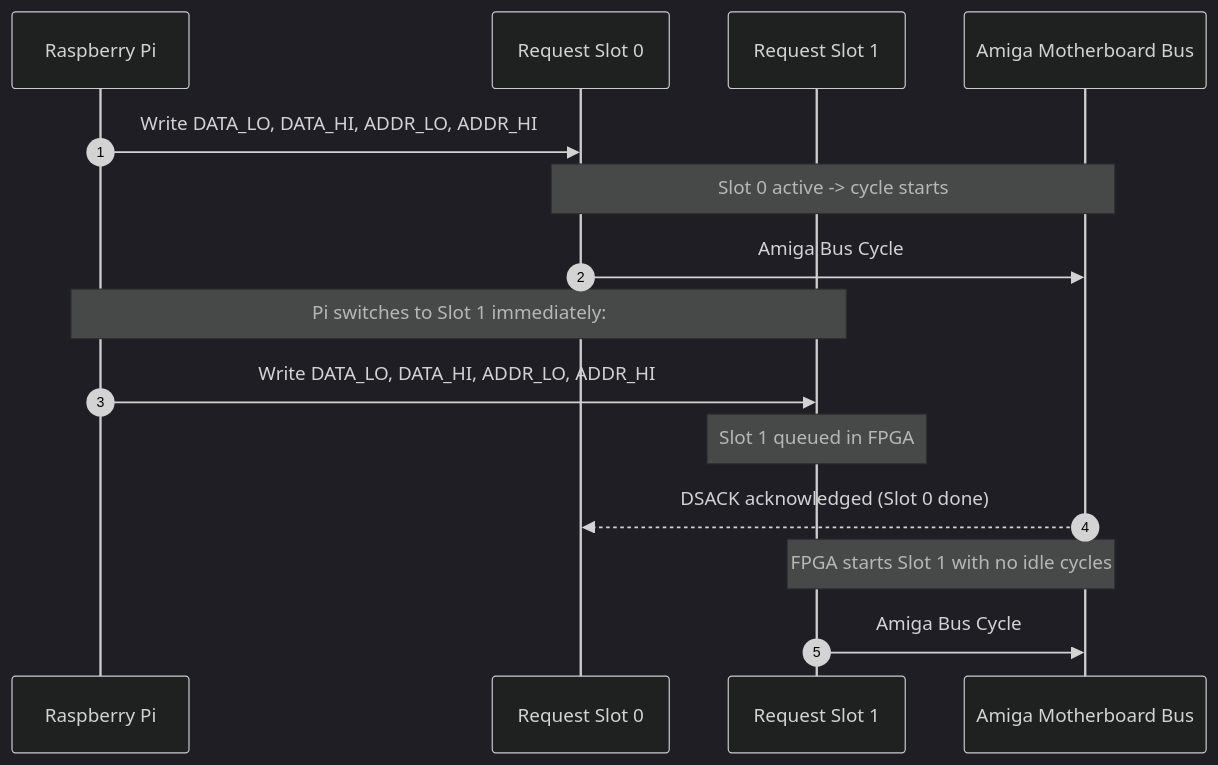
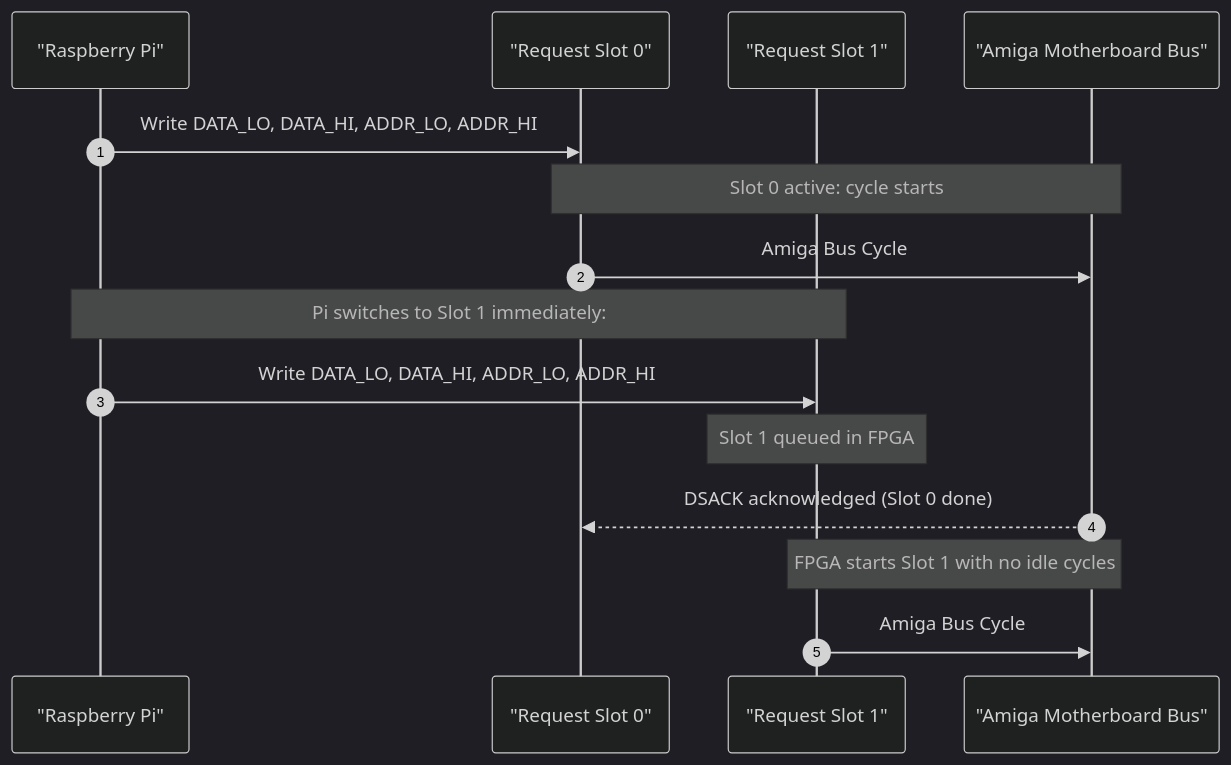
One commit to PiStorm/pistorm32-lite-gateware changed the third of 5 diagrams in DOCS/HOW_IT_WORKS.md. Above: the diagram before and after it, drawn with Mermaid (dark theme). The commit also changed other lines of this file and 1 other file, not shown here.

Commit message:
docs: fix Mermaid syntax errors (quote aliases, remove semicolons and raw arrows in notes)

````diff
--- a/DOCS/HOW_IT_WORKS.md
+++ b/DOCS/HOW_IT_WORKS.md
@@ -142,21 +142,21 @@
 ```mermaid
 sequenceDiagram
     autonumber
-    participant Pi as Raspberry Pi
-    participant Slot0 as Request Slot 0
-    participant Slot1 as Request Slot 1
-    participant Bus as Amiga Motherboard Bus
+    participant Pi as "Raspberry Pi"
+    participant Slot0 as "Request Slot 0"
+    participant Slot1 as "Request Slot 1"
+    participant Bus as "Amiga Motherboard Bus"
 
     Pi->>Slot0: Write DATA_LO, DATA_HI, ADDR_LO, ADDR_HI
-    Note over Slot0,Bus: Slot 0 active -> cycle starts
+    Note over Slot0,Bus: Slot 0 active: cycle starts
     Slot0->>Bus: Amiga Bus Cycle #1 (560 ns)
 
     Note over Pi,Slot1: Pi switches to Slot 1 immediately:
     Pi->>Slot1: Write DATA_LO, DATA_HI, ADDR_LO, ADDR_HI
     Note over Slot1: Slot 1 queued in FPGA
 
     Bus-->>Slot0: DSACK acknowledged (Slot 0 done)
     
     Note over Slot1,Bus: FPGA starts Slot 1 with no idle cycles
     Slot1->>Bus: Amiga Bus Cycle #2 (560 ns)
 ```
````
